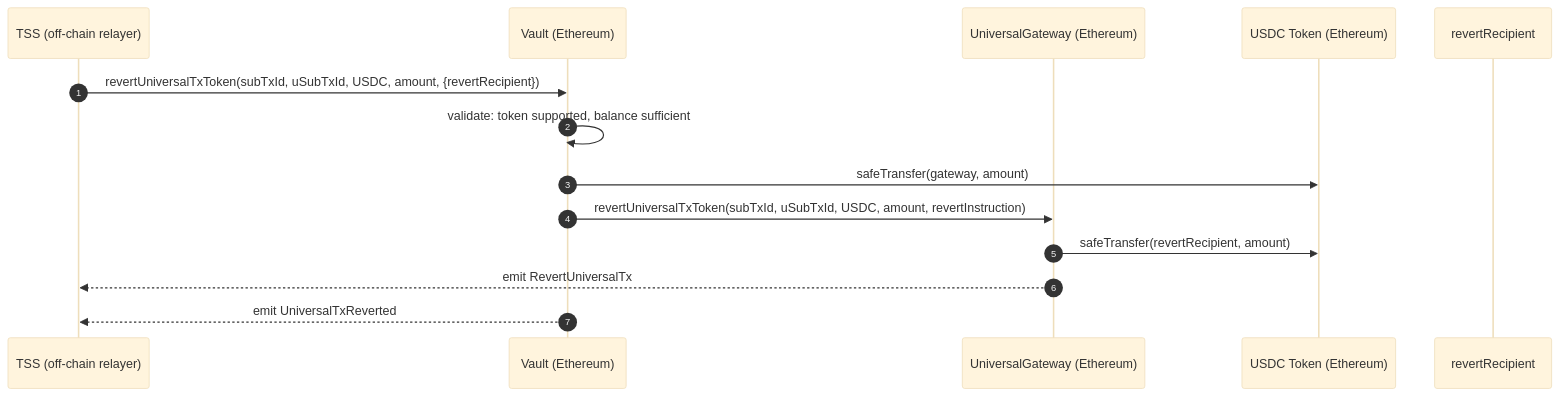
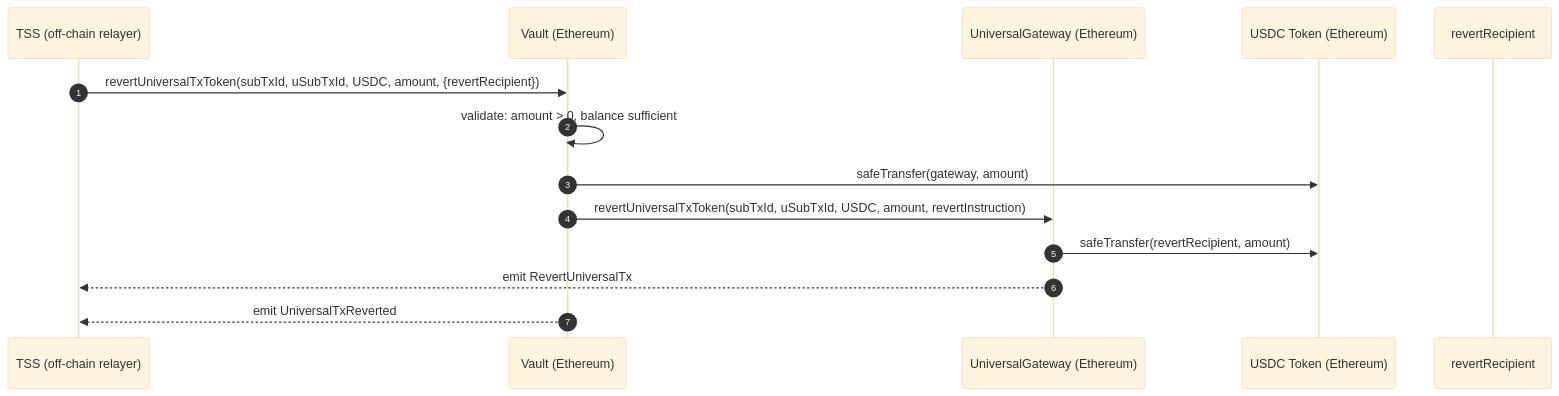
Diagram 11 of 14 in contracts/evm-gateway/docs/4_OutboundTx_Flows.md (pushchain/push-chain-interop-contracts), drawn with Mermaid (base theme) before and after one commit. The commit also changed other lines of this file and 2 other files, not shown here.

Commit message:
F-2026-15646 - pending doc fixes

````diff
--- a/contracts/evm-gateway/docs/4_OutboundTx_Flows.md
+++ b/contracts/evm-gateway/docs/4_OutboundTx_Flows.md
@@ -893,17 +893,17 @@
 ```mermaid
 sequenceDiagram
     autonumber
     participant TSS as TSS (off-chain relayer)
     participant V as Vault (Ethereum)
     participant GW as UniversalGateway (Ethereum)
     participant USDC as USDC Token (Ethereum)
     participant R as revertRecipient
 
     TSS->>V: revertUniversalTxToken(subTxId, uSubTxId, USDC, amount, {revertRecipient})
-    V->>V: validate: token supported, balance sufficient
+    V->>V: validate: amount > 0, balance sufficient
     V->>USDC: safeTransfer(gateway, amount)
     V->>GW: revertUniversalTxToken(subTxId, uSubTxId, USDC, amount, revertInstruction)
     GW->>USDC: safeTransfer(revertRecipient, amount)
     GW-->>TSS: emit RevertUniversalTx
     V-->>TSS: emit UniversalTxReverted
 ```
````
